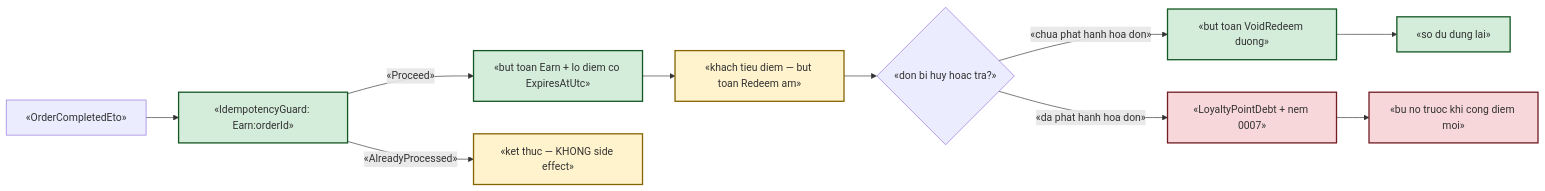
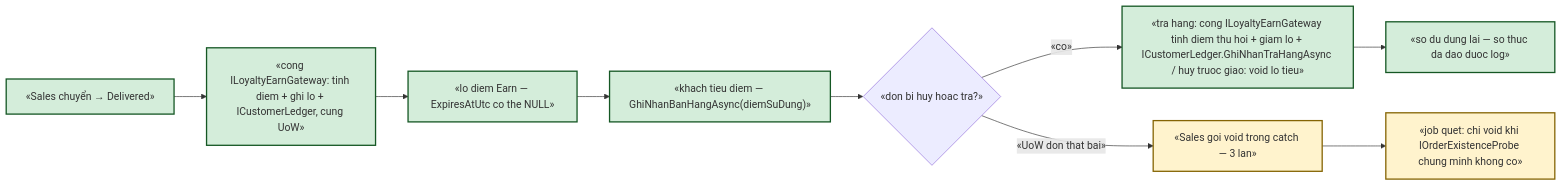
Before and after one commit to hungnt9801/eCommerce: the fourth of 5 diagrams in docs/features/loyalty/loy-001-diem-thuong.md, drawn with Mermaid. The commit also changed other lines of this file and 9 other files, not shown here.

````diff
--- a/docs/features/loyalty/loy-001-diem-thuong.md
+++ b/docs/features/loyalty/loy-001-diem-thuong.md
@@ -257,20 +276,18 @@
 ```mermaid
 graph LR
     classDef ok fill:#d4edda,stroke:#155724,stroke-width:2px;
     classDef warn fill:#fff3cd,stroke:#856404,stroke-width:2px;
     classDef bad fill:#f8d7da,stroke:#721c24,stroke-width:2px;
 
-    A["«OrderCompletedEto»"] --> B["«IdempotencyGuard: Earn:orderId»"]
-    B -->|«Proceed»| C["«but toan Earn + lo diem co ExpiresAtUtc»"]
-    B -->|«AlreadyProcessed»| Z["«ket thuc — KHONG side effect»"]
-    C --> D["«khach tieu diem — but toan Redeem am»"]
+    A["«Sales chuyển → Delivered»"] --> B["«cong ILoyaltyEarnGateway: tinh diem + ghi lo + ICustomerLedger, cung UoW»"]
+    B --> C["«lo diem Earn — ExpiresAtUtc co the NULL»"]
+    C --> D["«khach tieu diem — GhiNhanBanHangAsync(diemSuDung)»"]
     D --> E{"«don bi huy hoac tra?»"}
-    E -->|«chua phat hanh hoa don»| F["«but toan VoidRedeem duong»"]
-    E -->|«da phat hanh hoa don»| G["«LoyaltyPointDebt + nem 0007»"]
-    F --> H["«so du dung lai»"]
-    G --> I["«bu no truoc khi cong diem moi»"]
+    E -->|«co»| F["«tra hang: cong ILoyaltyEarnGateway tinh diem thu hoi + giam lo + ICustomerLedger.GhiNhanTraHangAsync / huy truoc giao: void lo tieu»"]
+    F --> H["«so du dung lai — so thuc da dao duoc log»"]
+    E -->|«UoW don that bai»| V["«Sales goi void trong catch — 3 lan»"]
+    V --> W["«job quet: chi void khi IOrderExistenceProbe chung minh khong co»"]
 
-    class B,C,F,H ok;
-    class D,Z warn;
-    class G,I bad;
+    class A,B,C,D,F,H ok;
+    class V,W warn;
 ```
````
